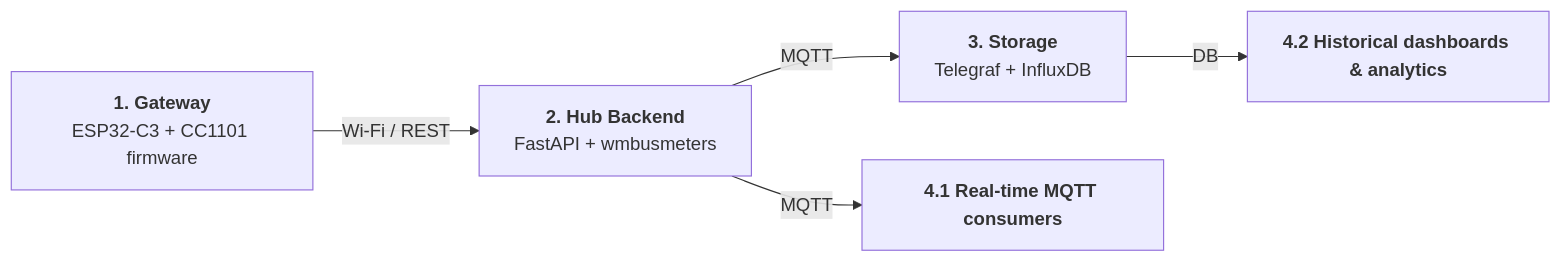
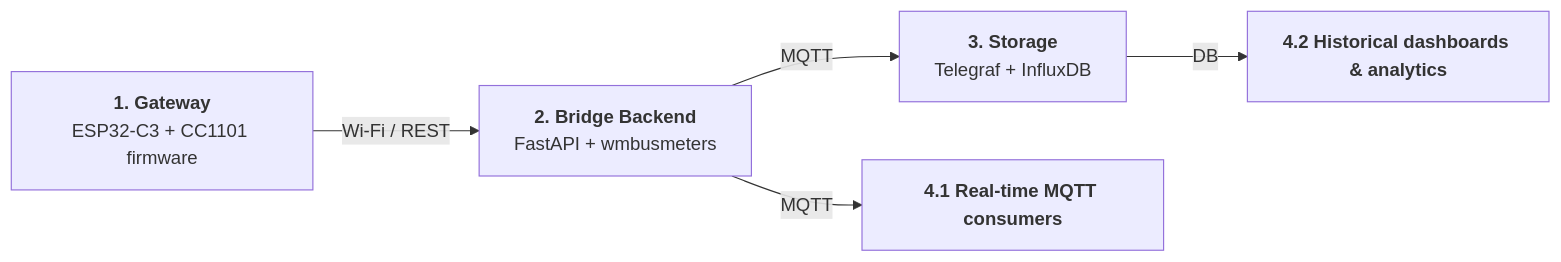
One commit to quietmetrics/oms-gateway changed the second of 2 diagrams in doc/readme.md. Above: the diagram before and after it, drawn with Mermaid. The commit also changed other lines of this file and 1 other file, not shown here.

````diff
--- a/doc/readme.md
+++ b/doc/readme.md
@@ -230,7 +230,7 @@
 ```mermaid
 flowchart LR
-  GATEWAY[<b>1. Gateway</b><br>ESP32-C3 + CC1101 firmware] -->|Wi-Fi / REST| HUB[<b>2. Hub Backend</b><br>FastAPI + wmbusmeters]
-  HUB -->|MQTT| STORE[<b>3. Storage</b><br>Telegraf + InfluxDB]
-  HUB -->|MQTT| PROCESS_A[<b>4.1 Real-time MQTT consumers</b>]
+  GATEWAY[<b>1. Gateway</b><br>ESP32-C3 + CC1101 firmware] -->|Wi-Fi / REST| Bridge[<b>2. Bridge Backend</b><br>FastAPI + wmbusmeters]
+  Bridge -->|MQTT| STORE[<b>3. Storage</b><br>Telegraf + InfluxDB]
+  Bridge -->|MQTT| PROCESS_A[<b>4.1 Real-time MQTT consumers</b>]
   STORE -->|DB| PROCESS_B[<b>4.2 Historical dashboards & analytics</b>]
 ```
````
